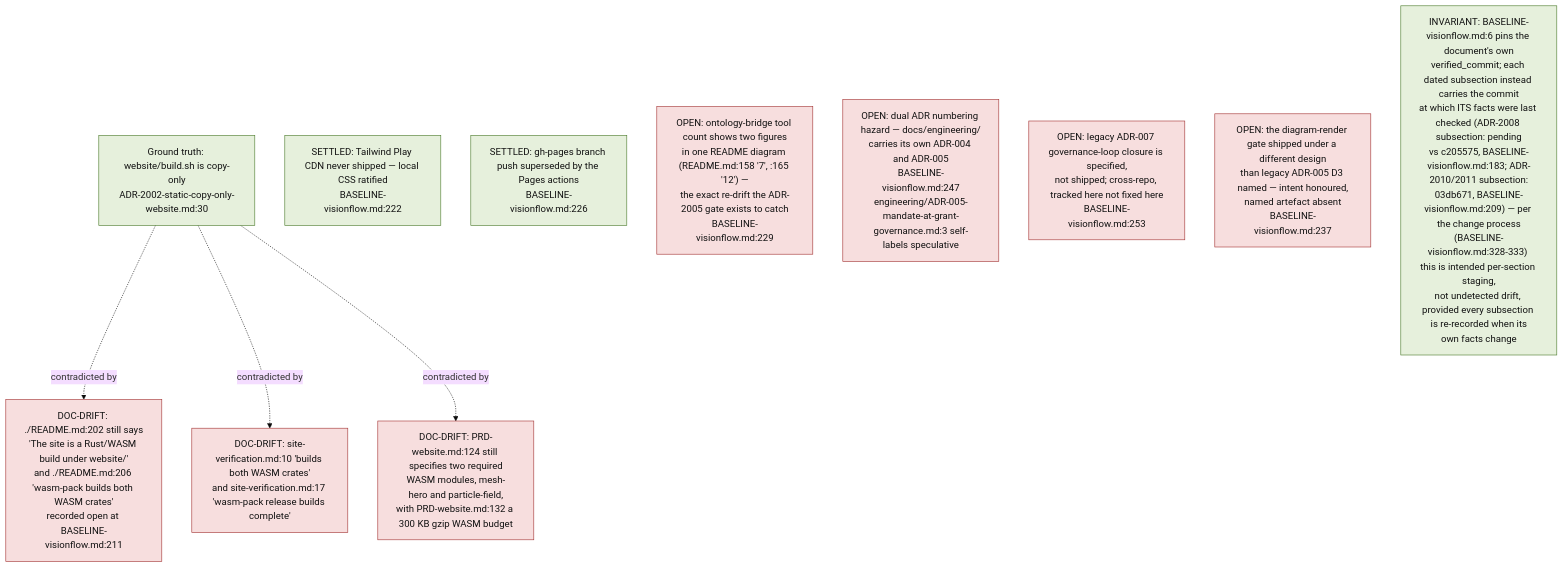
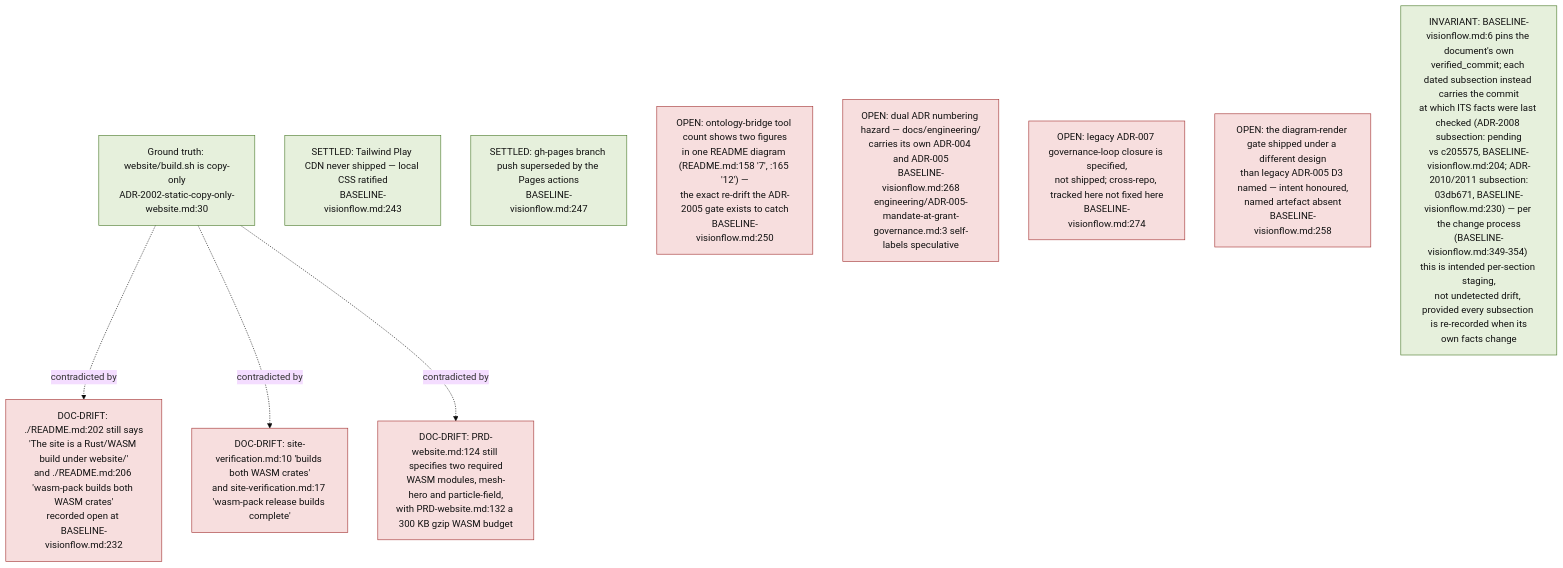
One commit to DreamLab-AI/VisionFlow changed the eighth of 11 diagrams in docs/diagrams/visionflow/01-repo-composition-and-canon.md. Above: the diagram before and after it, drawn with Mermaid (base theme). The commit also changed other lines of this file and 80 other files, not shown here.

First line of the commit message:
docs(diagrams): re-verify the agentbox, dreamlab, estate and visionflow corpus against current sources

````diff
--- a/docs/diagrams/visionflow/01-repo-composition-and-canon.md
+++ b/docs/diagrams/visionflow/01-repo-composition-and-canon.md
@@ -313,24 +313,24 @@
 ```mermaid
 flowchart TB
     classDef drift fill:#f7dede,stroke:#a33333,color:#111
     classDef settled fill:#e6f0dc,stroke:#4a7a2a,color:#111
 
     SRC["Ground truth: website/build.sh is copy-only<br/>ADR-2002-static-copy-only-website.md:30"]:::settled
 
-    D1["DOC-DRIFT: ./README.md:202 still says<br/>'The site is a Rust/WASM build under website/'<br/>and ./README.md:206 'wasm-pack builds both WASM crates'<br/>recorded open at BASELINE-visionflow.md:211"]:::drift
+    D1["DOC-DRIFT: ./README.md:202 still says<br/>'The site is a Rust/WASM build under website/'<br/>and ./README.md:206 'wasm-pack builds both WASM crates'<br/>recorded open at BASELINE-visionflow.md:232"]:::drift
     D2["DOC-DRIFT: site-verification.md:10 'builds both WASM crates'<br/>and site-verification.md:17 'wasm-pack release builds complete'"]:::drift
     D3["DOC-DRIFT: PRD-website.md:124 still specifies two required<br/>WASM modules, mesh-hero and particle-field,<br/>with PRD-website.md:132 a 300 KB gzip WASM budget"]:::drift
     SRC -.->|"contradicted by"| D1
     SRC -.->|"contradicted by"| D2
     SRC -.->|"contradicted by"| D3
 
-    S1["SETTLED: Tailwind Play CDN never shipped — local CSS ratified<br/>BASELINE-visionflow.md:222"]:::settled
-    S2["SETTLED: gh-pages branch push superseded by the Pages actions<br/>BASELINE-visionflow.md:226"]:::settled
+    S1["SETTLED: Tailwind Play CDN never shipped — local CSS ratified<br/>BASELINE-visionflow.md:243"]:::settled
+    S2["SETTLED: gh-pages branch push superseded by the Pages actions<br/>BASELINE-visionflow.md:247"]:::settled
 
-    O1["OPEN: ontology-bridge tool count shows two figures<br/>in one README diagram (README.md:158 '7', :165 '12') —<br/>the exact re-drift the ADR-2005 gate exists to catch<br/>BASELINE-visionflow.md:229"]:::drift
-    O2["OPEN: dual ADR numbering hazard — docs/engineering/<br/>carries its own ADR-004 and ADR-005<br/>BASELINE-visionflow.md:247<br/>engineering/ADR-005-mandate-at-grant-governance.md:3 self-labels speculative"]:::drift
-    O3["OPEN: legacy ADR-007 governance-loop closure is specified,<br/>not shipped; cross-repo, tracked here not fixed here<br/>BASELINE-visionflow.md:253"]:::drift
-    O4["OPEN: the diagram-render gate shipped under a different design<br/>than legacy ADR-005 D3 named — intent honoured,<br/>named artefact absent<br/>BASELINE-visionflow.md:237"]:::drift
+    O1["OPEN: ontology-bridge tool count shows two figures<br/>in one README diagram (README.md:158 '7', :165 '12') —<br/>the exact re-drift the ADR-2005 gate exists to catch<br/>BASELINE-visionflow.md:250"]:::drift
+    O2["OPEN: dual ADR numbering hazard — docs/engineering/<br/>carries its own ADR-004 and ADR-005<br/>BASELINE-visionflow.md:268<br/>engineering/ADR-005-mandate-at-grant-governance.md:3 self-labels speculative"]:::drift
+    O3["OPEN: legacy ADR-007 governance-loop closure is specified,<br/>not shipped; cross-repo, tracked here not fixed here<br/>BASELINE-visionflow.md:274"]:::drift
+    O4["OPEN: the diagram-render gate shipped under a different design<br/>than legacy ADR-005 D3 named — intent honoured,<br/>named artefact absent<br/>BASELINE-visionflow.md:258"]:::drift
 
-    INV["INVARIANT: BASELINE-visionflow.md:6 pins the document's own<br/>verified_commit; each dated subsection instead carries the commit<br/>at which ITS facts were last checked (ADR-2008 subsection: pending<br/>vs c205575, BASELINE-visionflow.md:183; ADR-2010/2011 subsection:<br/>03db671, BASELINE-visionflow.md:209) — per the change process<br/>(BASELINE-visionflow.md:328-333) this is intended per-section staging,<br/>not undetected drift, provided every subsection is re-recorded when its<br/>own facts change"]:::settled
+    INV["INVARIANT: BASELINE-visionflow.md:6 pins the document's own<br/>verified_commit; each dated subsection instead carries the commit<br/>at which ITS facts were last checked (ADR-2008 subsection: pending<br/>vs c205575, BASELINE-visionflow.md:204; ADR-2010/2011 subsection:<br/>03db671, BASELINE-visionflow.md:230) — per the change process<br/>(BASELINE-visionflow.md:349-354) this is intended per-section staging,<br/>not undetected drift, provided every subsection is re-recorded when its<br/>own facts change"]:::settled
 ```
````
